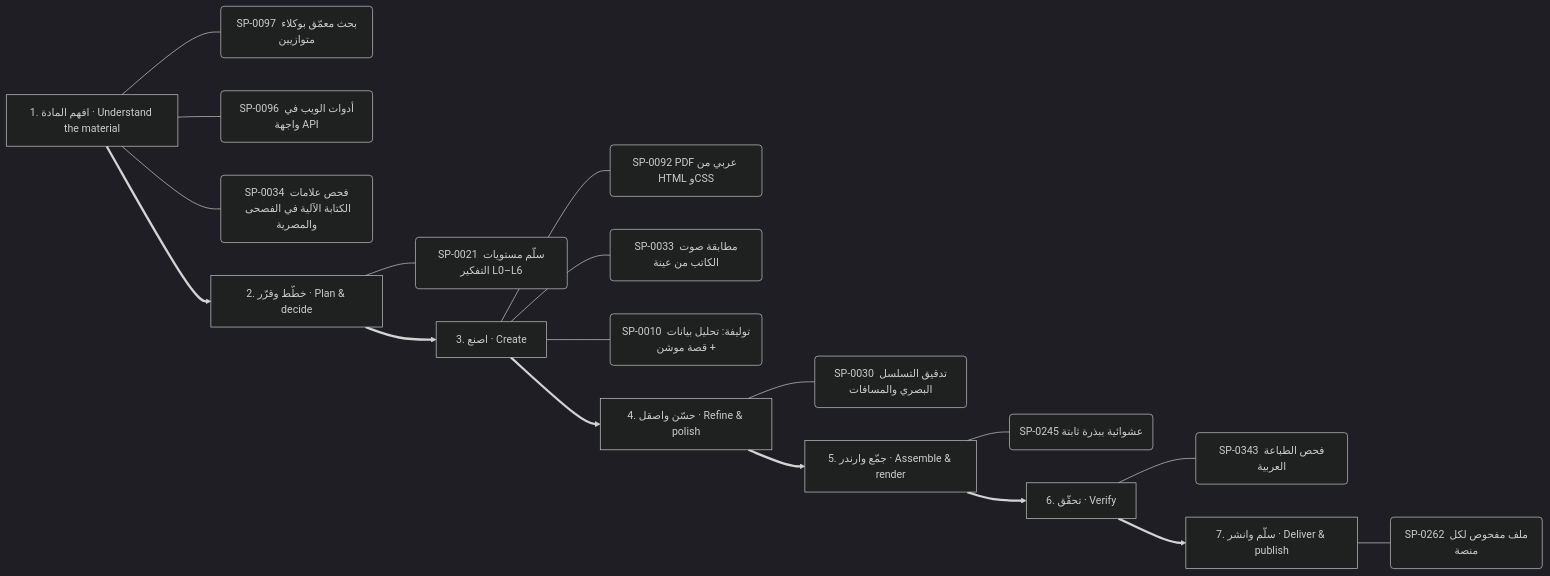
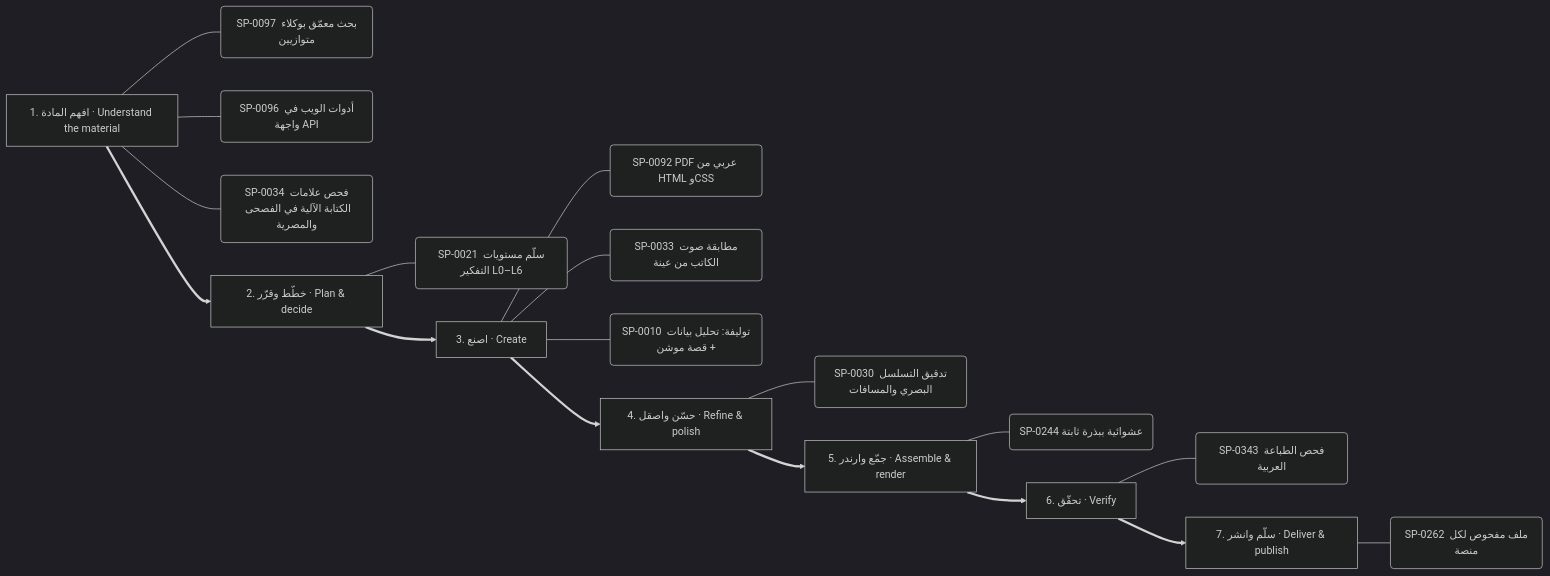
One commit to kosif199022-jpg/kosif-tool changed diagram 13 of 13 in .claude/skills/kosif-superpowers/references/capability-mindmap.md. Above: the diagram before and after it, drawn with Mermaid (dark theme). The commit also changed other lines of this file and 28 other files, not shown here.

````diff
--- a/.claude/skills/kosif-superpowers/references/capability-mindmap.md
+++ b/.claude/skills/kosif-superpowers/references/capability-mindmap.md
@@ -636,27 +636,27 @@
 ```mermaid
 flowchart LR
   S0["1. افهم المادة · Understand the material"]
   S0 --- S0_0("SP-0097 بحث معمّق بوكلاء متوازيين")
   S0 --- S0_1("SP-0096 أدوات الويب في واجهة API")
   S0 --- S0_2("SP-0034 فحص علامات الكتابة الآلية في الفصحى والمصرية")
   S1["2. خطّط وقرّر · Plan & decide"]
   S1 --- S1_0("SP-0021 سلّم مستويات التفكير L0–L6")
   S0 ==> S1
   S2["3. اصنع · Create"]
   S2 --- S2_0("SP-0092 PDF عربي من HTML وCSS")
   S2 --- S2_1("SP-0033 مطابقة صوت الكاتب من عينة")
   S2 --- S2_2("SP-0010 توليفة: تحليل بيانات + قصة موشن")
   S1 ==> S2
   S3["4. حسّن واصقل · Refine & polish"]
   S3 --- S3_0("SP-0030 تدقيق التسلسل البصري والمسافات")
   S2 ==> S3
   S4["5. جمّع وارندر · Assemble & render"]
-  S4 --- S4_0("SP-0245 عشوائية ببذرة ثابتة")
+  S4 --- S4_0("SP-0244 عشوائية ببذرة ثابتة")
   S3 ==> S4
   S5["6. تحقّق · Verify"]
   S5 --- S5_0("SP-0343 فحص الطباعة العربية")
   S4 ==> S5
   S6["7. سلّم وانشر · Deliver & publish"]
   S6 --- S6_0("SP-0262 ملف مفحوص لكل منصة")
   S5 ==> S6
 ```
````
